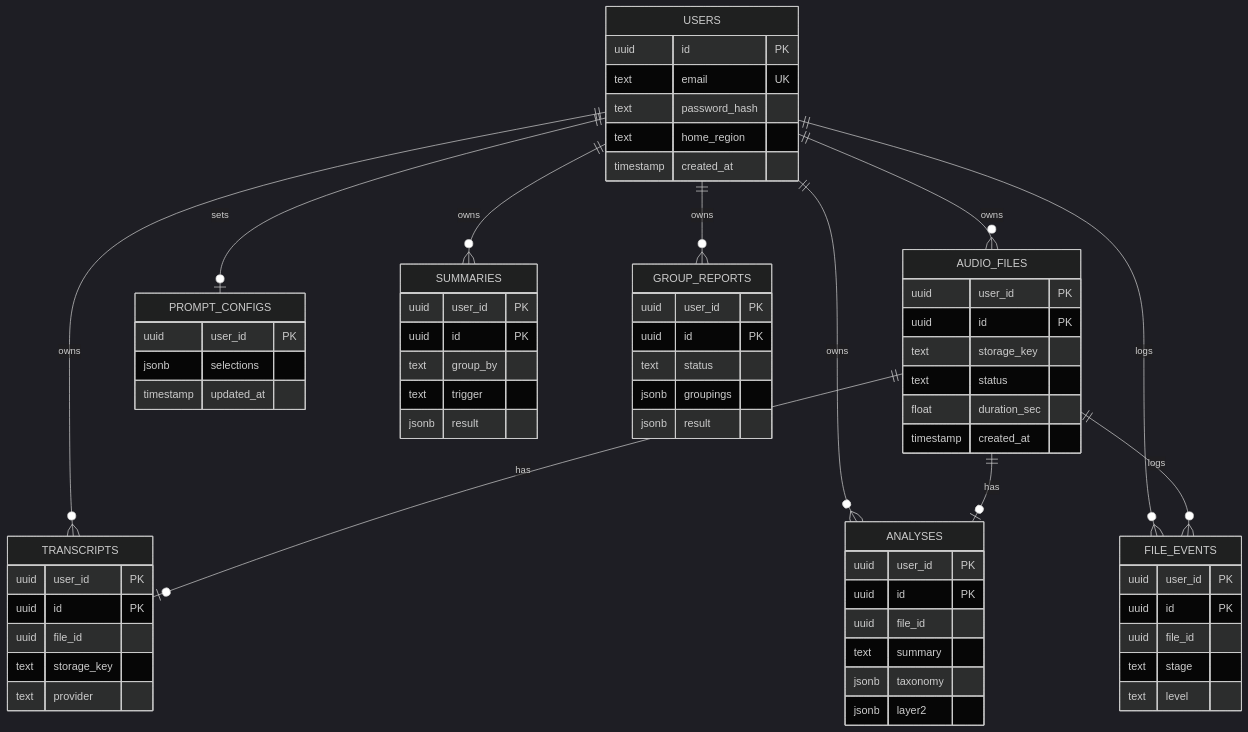
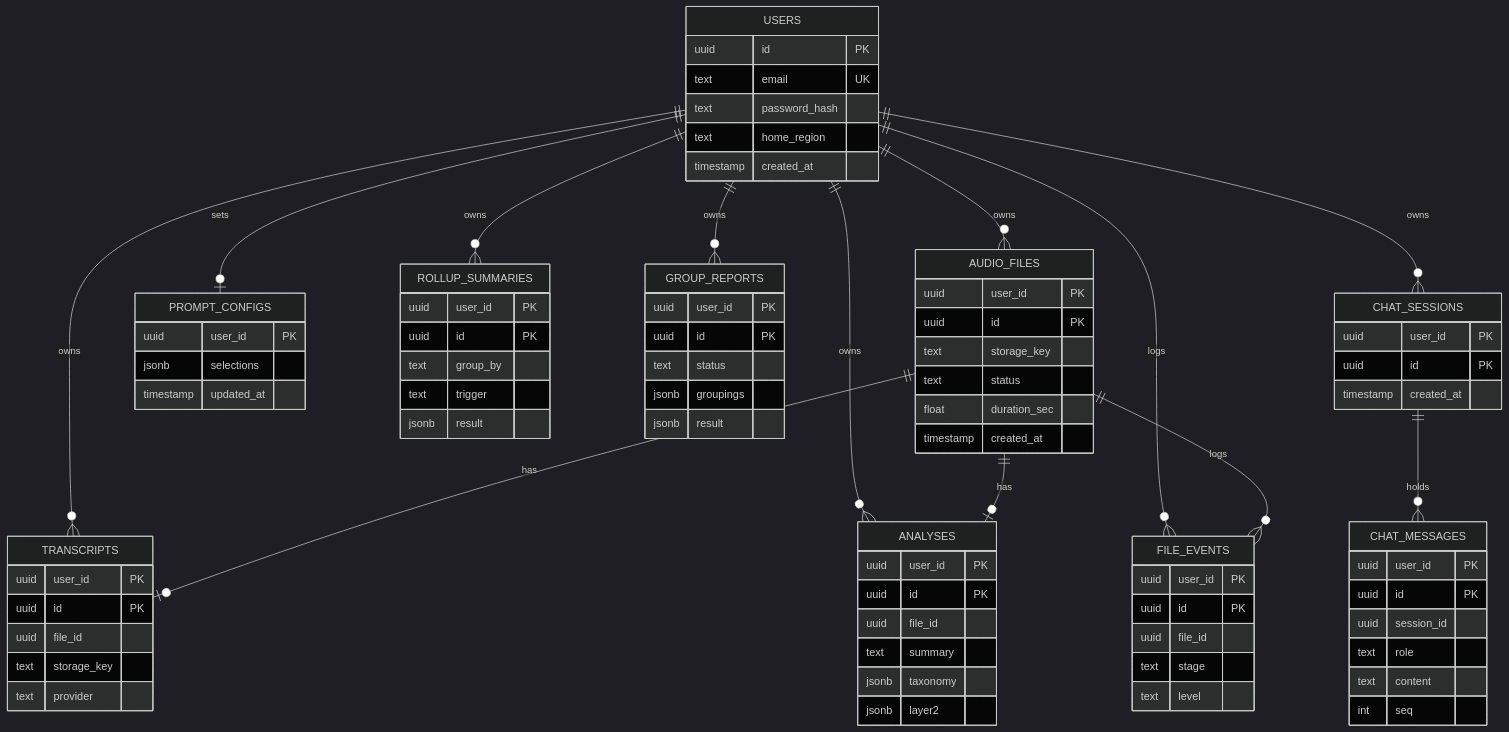
The first of 4 diagrams in docs/data-model.md (highprincezero/wn-voice-analytics), drawn with Mermaid (dark theme) before and after one commit. The commit also changed other lines of this file and 18 other files, not shown here.

````diff
--- a/docs/data-model.md
+++ b/docs/data-model.md
@@ -21,12 +21,14 @@
   USERS ||--o| PROMPT_CONFIGS : sets
   USERS ||--o{ TRANSCRIPTS : owns
   USERS ||--o{ ANALYSES : owns
-  USERS ||--o{ SUMMARIES : owns
+  USERS ||--o{ ROLLUP_SUMMARIES : owns
   USERS ||--o{ GROUP_REPORTS : owns
   USERS ||--o{ FILE_EVENTS : logs
+  USERS ||--o{ CHAT_SESSIONS : owns
   AUDIO_FILES ||--o| TRANSCRIPTS : has
   AUDIO_FILES ||--o| ANALYSES : has
   AUDIO_FILES ||--o{ FILE_EVENTS : logs
+  CHAT_SESSIONS ||--o{ CHAT_MESSAGES : holds
 
   USERS {
     uuid id PK
@@ -63,7 +65,7 @@
     jsonb selections
     timestamp updated_at
   }
-  SUMMARIES {
+  ROLLUP_SUMMARIES {
     uuid user_id PK
     uuid id PK
     text group_by
@@ -84,4 +86,17 @@
     text stage
     text level
   }
+  CHAT_SESSIONS {
+    uuid user_id PK
+    uuid id PK
+    timestamp created_at
+  }
+  CHAT_MESSAGES {
+    uuid user_id PK
+    uuid id PK
+    uuid session_id
+    text role
+    text content
+    int seq
+  }
 ```
````
